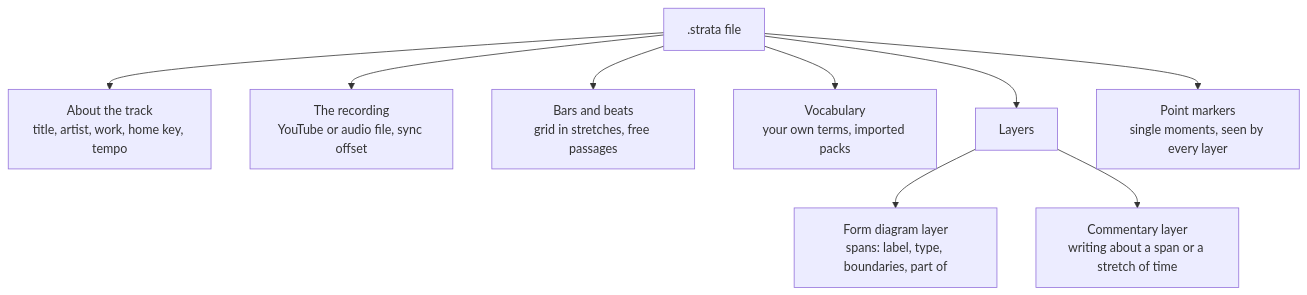
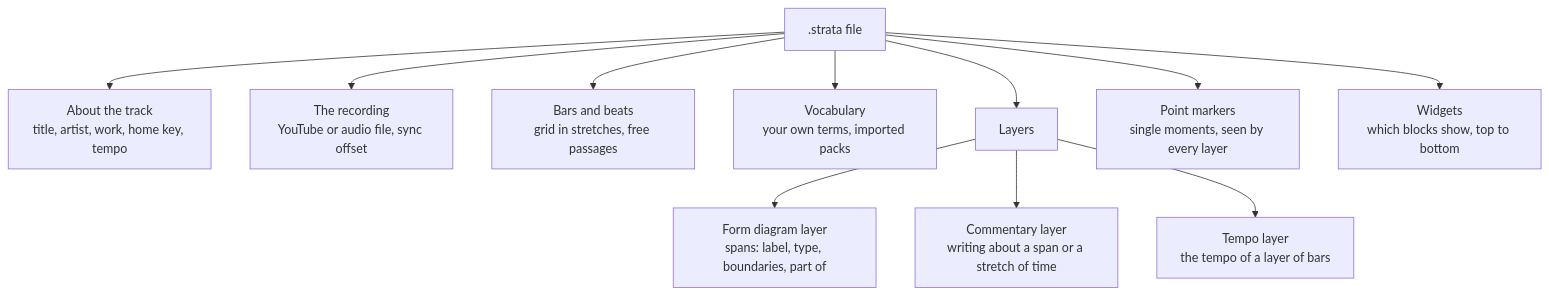
One commit to devinchaloux/strata changed the diagram in schema/strata-schema-reference.md. Above: the diagram before and after it, drawn with Mermaid. The commit also changed other lines of this file and 13 other files, not shown here.

First line of the commit message:
feat(widgets): widgets as blocks, and the tempo widget

````diff
--- a/schema/strata-schema-reference.md
+++ b/schema/strata-schema-reference.md
@@ -9,11 +9,13 @@
 ```mermaid
 flowchart TB
   F[".strata file"] --> A["About the track<br/>title, artist, work, home key, tempo"]
   F --> R["The recording<br/>YouTube or audio file, sync offset"]
   F --> G["Bars and beats<br/>grid in stretches, free passages"]
   F --> V["Vocabulary<br/>your own terms, imported packs"]
   F --> L["Layers"]
   F --> P["Point markers<br/>single moments, seen by every layer"]
   L --> FD["Form diagram layer<br/>spans: label, type, boundaries, part of"]
   L --> C["Commentary layer<br/>writing about a span or a stretch of time"]
+  L --> T["Tempo layer<br/>the tempo of a layer of bars"]
+  F --> W["Widgets<br/>which blocks show, top to bottom"]
 ```
````
